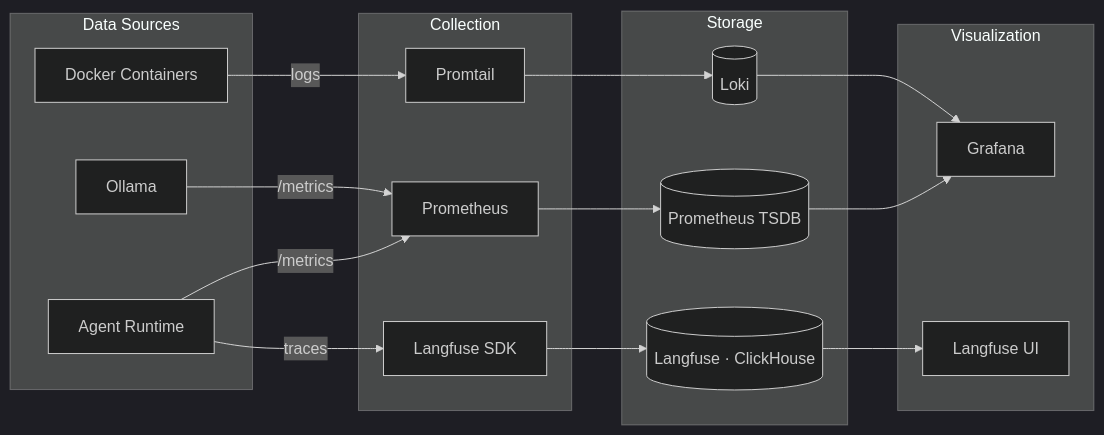
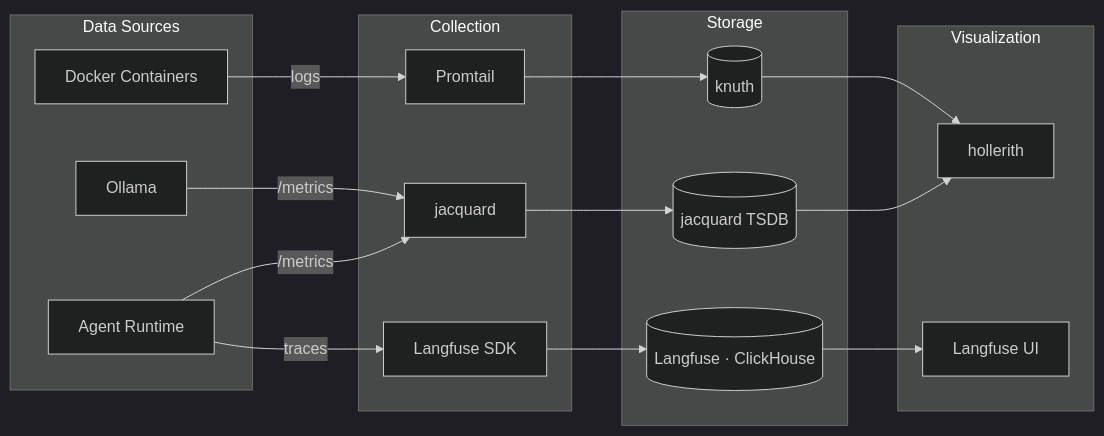
The diagram in docs-site/docs/architecture/observability.md (Misterobots/Agent_Swarm), drawn with Mermaid (dark theme) before and after one commit. The commit also changed other lines of this file and 350 other files, not shown here.

````diff
--- a/docs-site/docs/architecture/observability.md
+++ b/docs-site/docs/architecture/observability.md
@@ -11,38 +11,38 @@
 ```mermaid
 graph LR
     subgraph Sources["Data Sources"]
         RT[Agent Runtime]
         Ollama[Ollama]
         Docker[Docker Containers]
     end
 
     subgraph Collection["Collection"]
-        Prom[Prometheus]
+        Prom[jacquard]
         Promtail[Promtail]
         LFClient[Langfuse SDK]
     end
 
     subgraph Storage["Storage"]
-        TSDB[(Prometheus TSDB)]
-        Loki[(Loki)]
+        TSDB[(jacquard TSDB)]
+        knuth[(knuth)]
         LFDB[(Langfuse · ClickHouse)]
     end
 
     subgraph Visualization["Visualization"]
-        Grafana[Grafana]
+        hollerith[hollerith]
         LFUI[Langfuse UI]
     end
 
     RT -->|/metrics| Prom
     Ollama -->|/metrics| Prom
     Docker -->|logs| Promtail
     RT -->|traces| LFClient
 
     Prom --> TSDB
-    Promtail --> Loki
+    Promtail --> knuth
     LFClient --> LFDB
 
-    TSDB --> Grafana
-    Loki --> Grafana
+    TSDB --> hollerith
+    knuth --> hollerith
     LFDB --> LFUI
 ```
````
